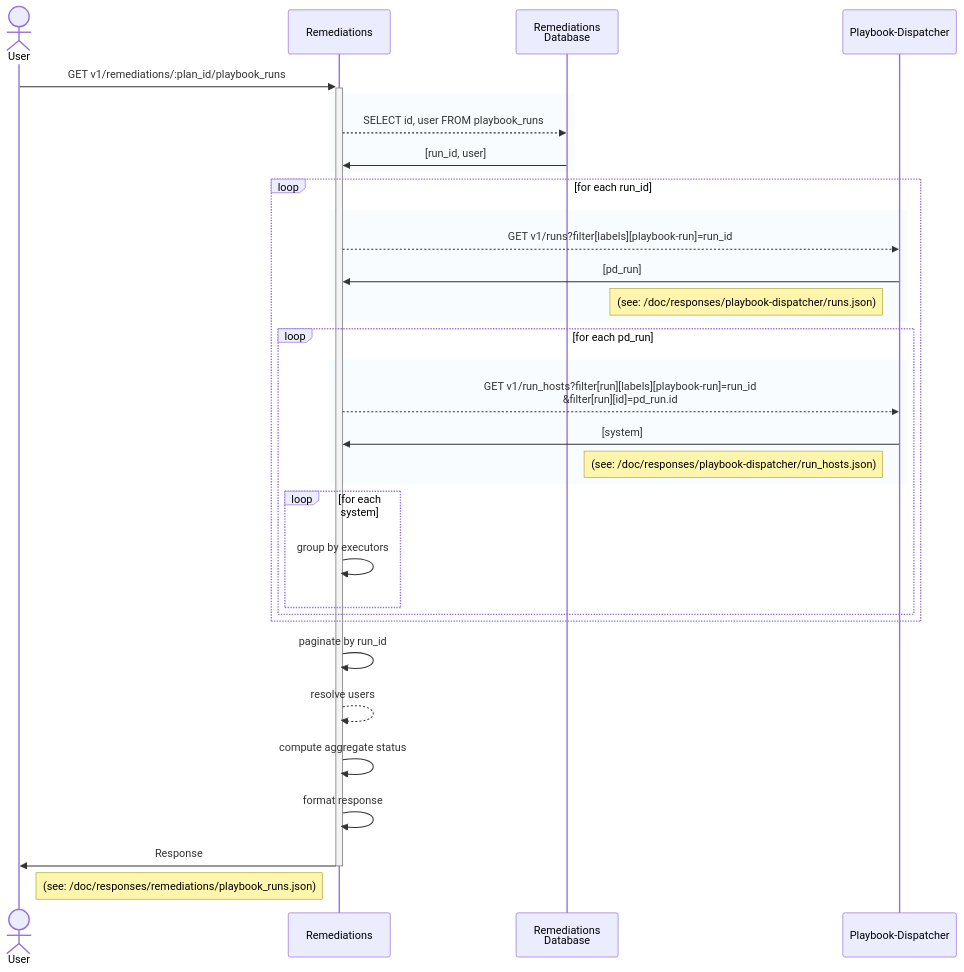
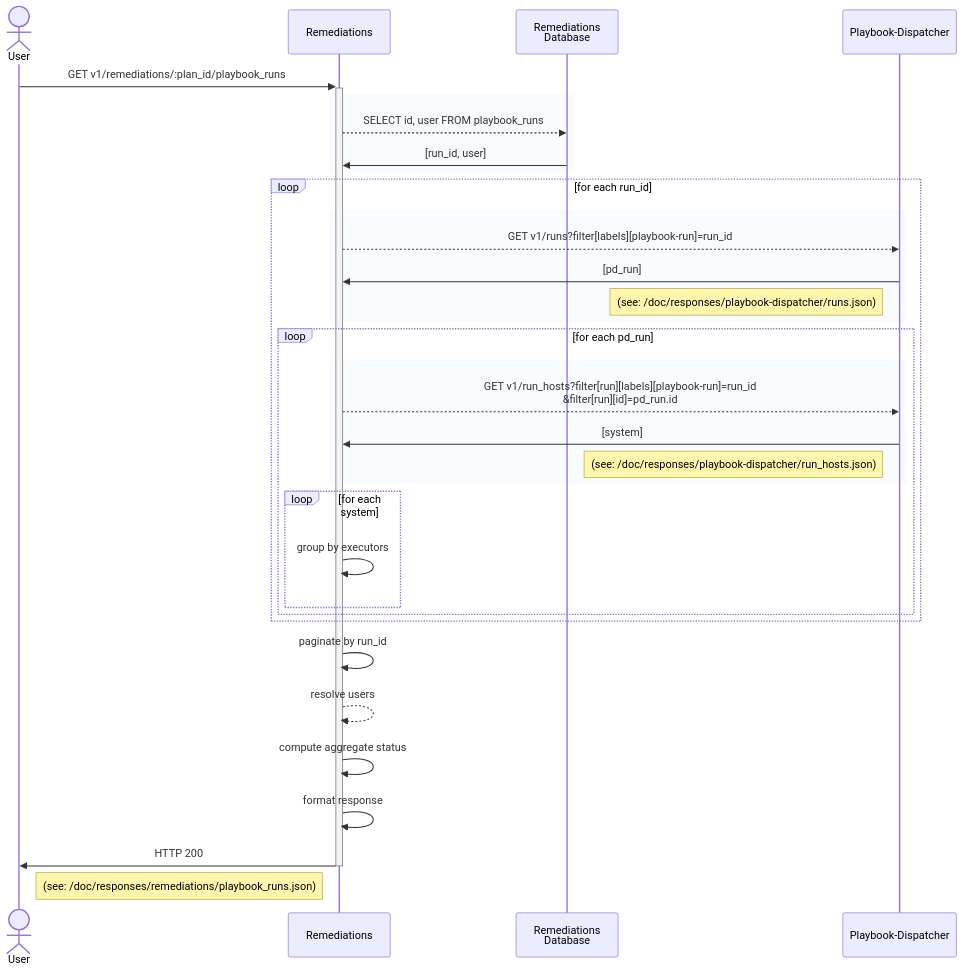
One commit to RedHatInsights/insights-remediations changed the diagram in doc/diagrams/v1/remediations/{plan_id}/playbook_runs/listPlaybookRuns.md. Above: the diagram before and after it, drawn with Mermaid. The commit also changed 5 other files, not shown here.

First line of the commit message:
RHINENG-16334: Add sequence diagram for POST v1/remediations

````diff
--- a/doc/diagrams/v1/remediations/{plan_id}/playbook_runs/listPlaybookRuns.md
+++ b/doc/diagrams/v1/remediations/{plan_id}/playbook_runs/listPlaybookRuns.md
@@ -17,36 +17,36 @@
 ```mermaid
 sequenceDiagram
     actor u as User
     participant rem as Remediations
     participant db as Remediations<br>Database
     participant pd as Playbook-Dispatcher
 
     u ->> + rem: GET v1/remediations/:plan_id/playbook_runs
     rect rgba(191, 223, 255, .1)
        rem -->> db: SELECT id, user FROM playbook_runs 
        db ->> rem: [run_id, user]
     end
     loop for each run_id
        rect rgba(191, 223, 255, .1)
           rem -->> pd: GET v1/runs?filter[labels][playbook-run]=run_id
           pd ->> rem: [pd_run]
           note left of pd: (see: /doc/responses/playbook-dispatcher/runs.json)
        end
        loop for each pd_run
            rect rgba(191, 223, 255, .1)
               rem -->> pd: GET v1/run_hosts?filter[run][labels][playbook-run]=run_id<br/>&filter[run][id]=pd_run.id
               pd ->> rem: [system]
               note left of pd: (see: /doc/responses/playbook-dispatcher/run_hosts.json)
            end
            loop for each system
                rem ->> rem: group by executors
            end
        end
     end
     rem ->> rem: paginate by run_id
     rem -->> rem: resolve users
     rem ->> rem: compute aggregate status
     rem ->> rem: format response
-    rem ->> - u: Response
+    rem ->> - u: HTTP 200
     note left of rem: (see: /doc/responses/remediations/playbook_runs.json)
 ```
````
